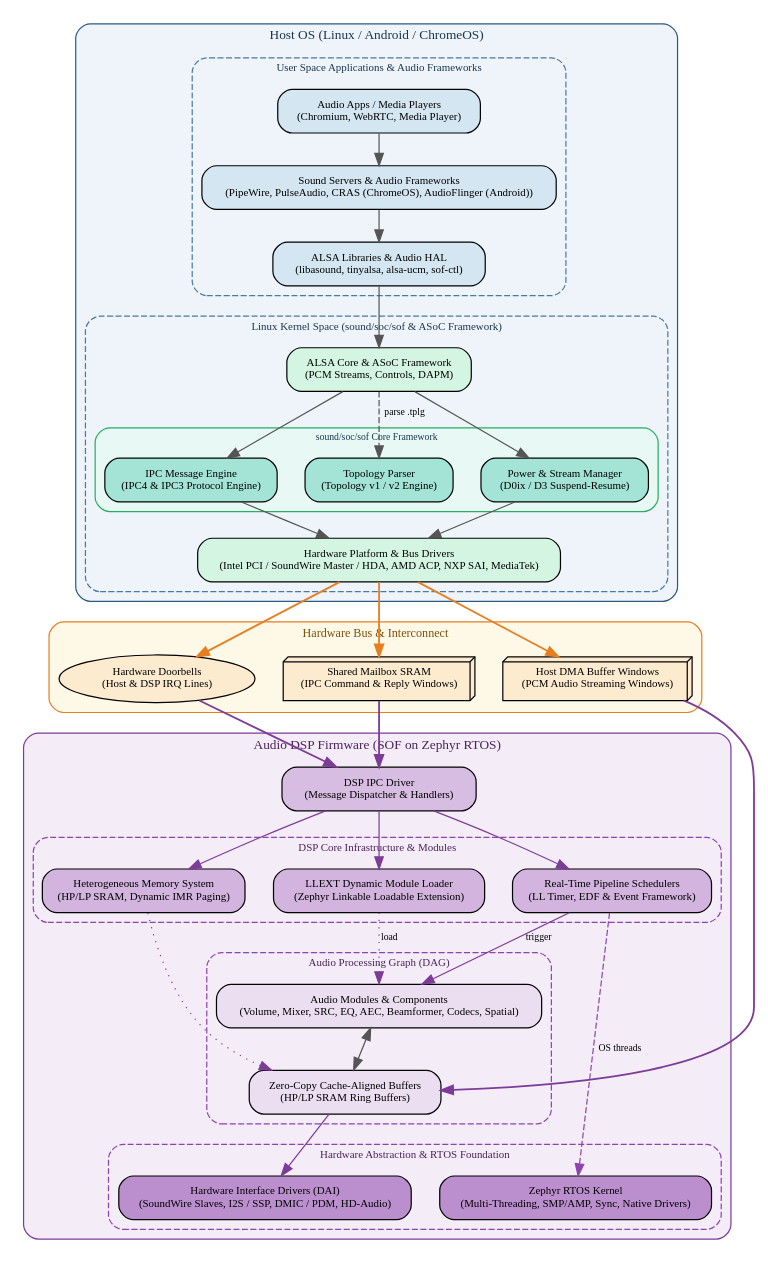
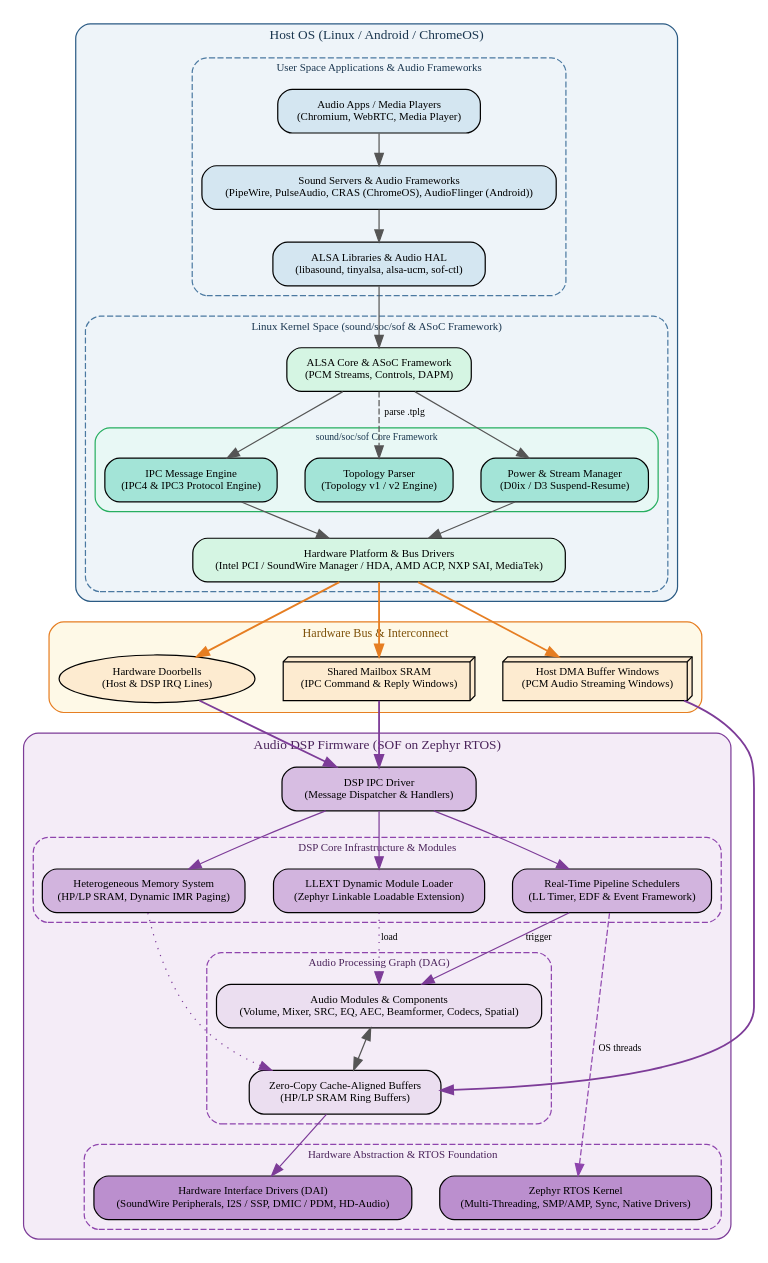
The first of 4 diagrams in architectures/index.rst (thesofproject/sof-docs), drawn with Graphviz before and after one commit. The commit also changed other lines of this file and 7 other files, not shown here.

```diff
--- a/architectures/index.rst
+++ b/architectures/index.rst
@@ -79,7 +79,7 @@
                    { rank=same; sof_ipc; sof_tplg; sof_pm; }
                }
 
-               buses [label="Hardware Platform & Bus Drivers\n(Intel PCI / SoundWire Master / HDA, AMD ACP, NXP SAI, MediaTek)", fillcolor="#d5f5e3"];
+               buses [label="Hardware Platform & Bus Drivers\n(Intel PCI / SoundWire Manager / HDA, AMD ACP, NXP SAI, MediaTek)", fillcolor="#d5f5e3"];
 
                alsalib -> asoc [weight=10];
                asoc -> sof_tplg [weight=10, style=dashed, label="parse .tplg"];
@@ -161,7 +161,7 @@
                fontname = "Verdana-Bold";
                fontsize = 9;
 
-               dai_drivers [label="Hardware Interface Drivers (DAI)\n(SoundWire Slaves, I2S / SSP, DMIC / PDM, HD-Audio)", fillcolor="#bb8fce"];
+               dai_drivers [label="Hardware Interface Drivers (DAI)\n(SoundWire Peripherals, I2S / SSP, DMIC / PDM, HD-Audio)", fillcolor="#bb8fce"];
                zephyr [label="Zephyr RTOS Kernel\n(Multi-Threading, SMP/AMP, Sync, Native Drivers)", fillcolor="#bb8fce"];
 
                { rank=same; dai_drivers; zephyr; }
```
